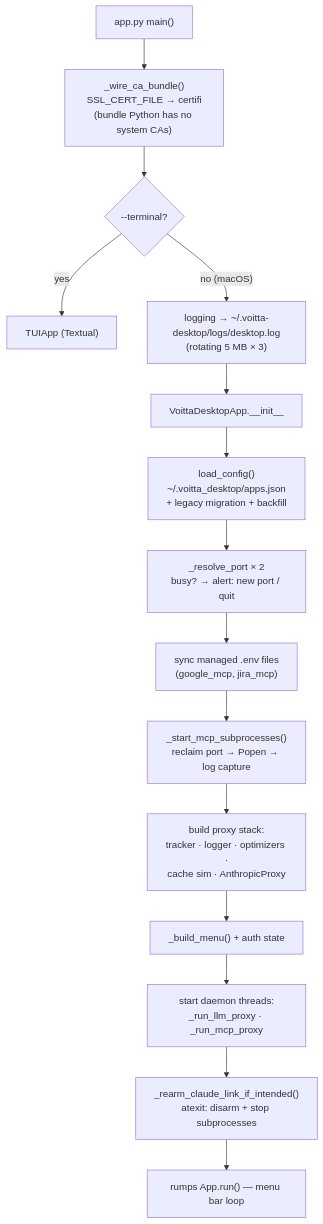
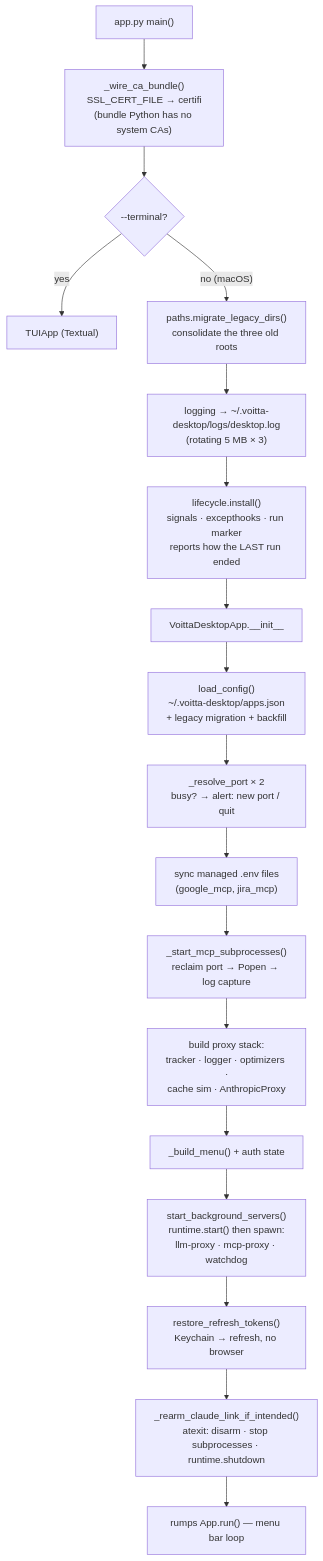
Before and after one commit to voitta-ai/voitta-desktop: the third of 16 diagrams in docs/OPERATIONS.md, drawn with Mermaid. The commit also changed other lines of this file and 35 other files, not shown here.

First line of the commit message:
Fix MCP session crash; one event loop; persist store + tokens; bump 0.1.9

````diff
--- a/docs/OPERATIONS.md
+++ b/docs/OPERATIONS.md
@@ -181,18 +216,21 @@
 ```mermaid
 flowchart TB
     M["app.py main()"] --> CA["_wire_ca_bundle()<br/>SSL_CERT_FILE → certifi<br/>(bundle Python has no system CAs)"]
     CA --> ARGS{"--terminal?"}
     ARGS -->|"yes"| TUI["TUIApp (Textual)"]
-    ARGS -->|"no (macOS)"| LOGS["logging → ~/.voitta-desktop/logs/desktop.log<br/>(rotating 5 MB × 3)"]
-    LOGS --> INIT["VoittaDesktopApp.__init__"]
+    ARGS -->|"no (macOS)"| MIG["paths.migrate_legacy_dirs()<br/>consolidate the three old roots"]
+    MIG --> LOGS["logging → ~/.voitta-desktop/logs/desktop.log<br/>(rotating 5 MB × 3)"]
+    LOGS --> DIAG["lifecycle.install()<br/>signals · excepthooks · run marker<br/>reports how the LAST run ended"]
+    DIAG --> INIT["VoittaDesktopApp.__init__"]
 
-    INIT --> CFG["load_config()<br/>~/.voitta_desktop/apps.json<br/>+ legacy migration + backfill"]
+    INIT --> CFG["load_config()<br/>~/.voitta-desktop/apps.json<br/>+ legacy migration + backfill"]
     CFG --> PORTS["_resolve_port × 2<br/>busy? → alert: new port / quit"]
     PORTS --> ENVS["sync managed .env files<br/>(google_mcp, jira_mcp)"]
     ENVS --> SUB["_start_mcp_subprocesses()<br/>reclaim port → Popen → log capture"]
     SUB --> STACK["build proxy stack:<br/>tracker · logger · optimizers ·<br/>cache sim · AnthropicProxy"]
     STACK --> MENU["_build_menu() + auth state"]
-    MENU --> THREADS["start daemon threads:<br/>_run_llm_proxy · _run_mcp_proxy"]
-    THREADS --> ARM["_rearm_claude_link_if_intended()<br/>atexit: disarm + stop subprocesses"]
+    MENU --> THREADS["start_background_servers()<br/>runtime.start() then spawn:<br/>llm-proxy · mcp-proxy · watchdog"]
+    THREADS --> TOK["restore_refresh_tokens()<br/>Keychain → refresh, no browser"]
+    TOK --> ARM["_rearm_claude_link_if_intended()<br/>atexit: disarm · stop subprocesses · runtime.shutdown"]
     ARM --> RUN["rumps App.run() — menu bar loop"]
 ```
````
